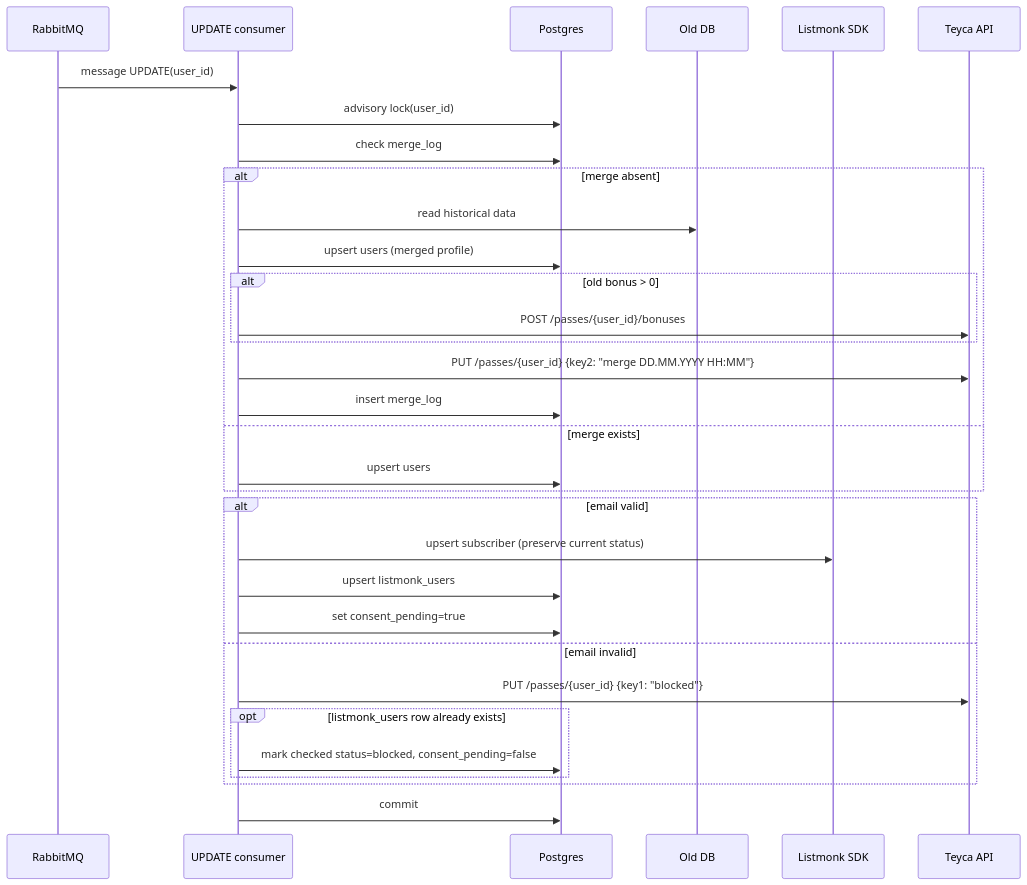
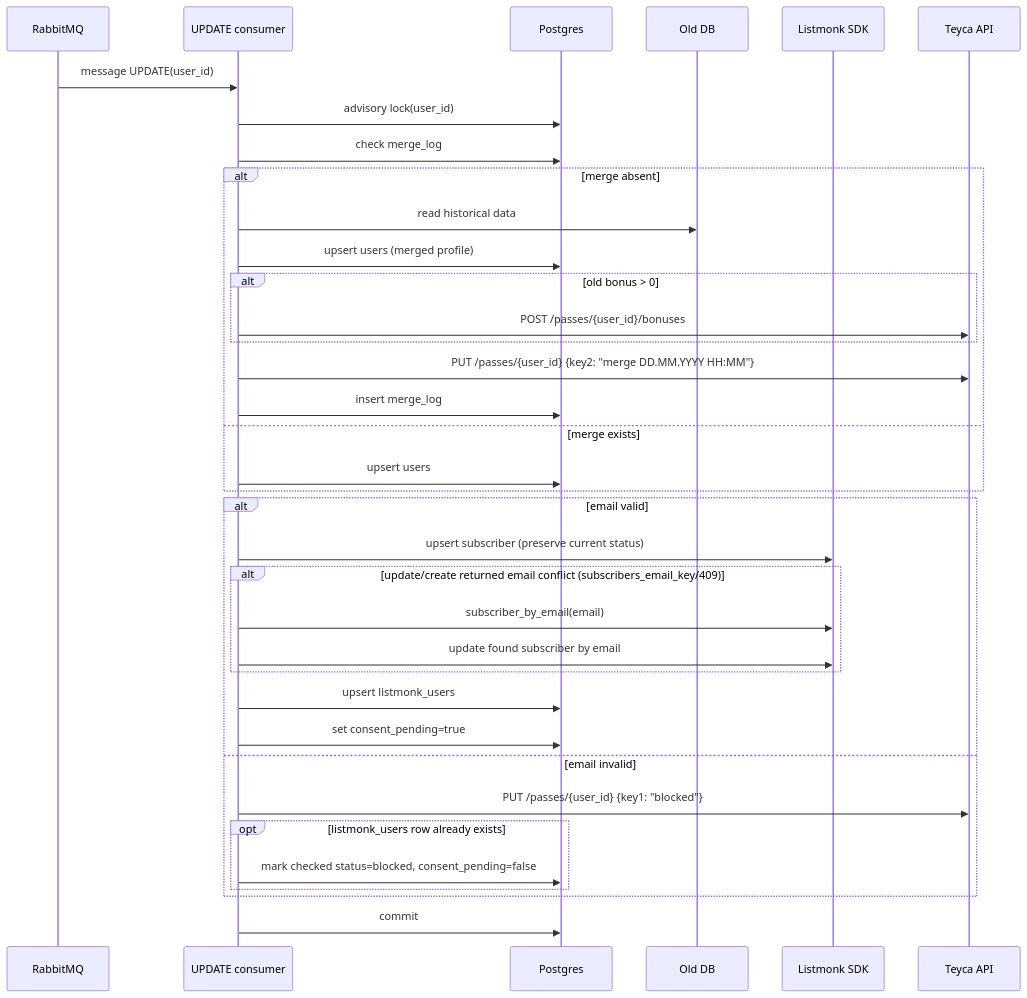
The third of 6 diagrams in docs/current-runtime-flow.md (Nikita-Silent/teyca-sync), drawn with Mermaid before and after one commit. The commit also changed other lines of this file and 4 other files, not shown here.

````diff
--- a/docs/current-runtime-flow.md
+++ b/docs/current-runtime-flow.md
@@ -82,35 +86,39 @@
 ```mermaid
 sequenceDiagram
     participant RMQ as RabbitMQ
     participant U as UPDATE consumer
     participant DB as Postgres
     participant ODB as Old DB
     participant LM as Listmonk SDK
     participant TY as Teyca API
 
     RMQ->>U: message UPDATE(user_id)
     U->>DB: advisory lock(user_id)
     U->>DB: check merge_log
     alt merge absent
         U->>ODB: read historical data
         U->>DB: upsert users (merged profile)
         alt old bonus > 0
             U->>TY: POST /passes/{user_id}/bonuses
         end
         U->>TY: PUT /passes/{user_id} {key2: "merge DD.MM.YYYY HH:MM"}
         U->>DB: insert merge_log
     else merge exists
         U->>DB: upsert users
     end
     alt email valid
         U->>LM: upsert subscriber (preserve current status)
+        alt update/create returned email conflict (subscribers_email_key/409)
+            U->>LM: subscriber_by_email(email)
+            U->>LM: update found subscriber by email
+        end
         U->>DB: upsert listmonk_users
         U->>DB: set consent_pending=true
     else email invalid
         U->>TY: PUT /passes/{user_id} {key1: "blocked"}
         opt listmonk_users row already exists
             U->>DB: mark checked status=blocked, consent_pending=false
         end
     end
     U->>DB: commit
 ```
````
